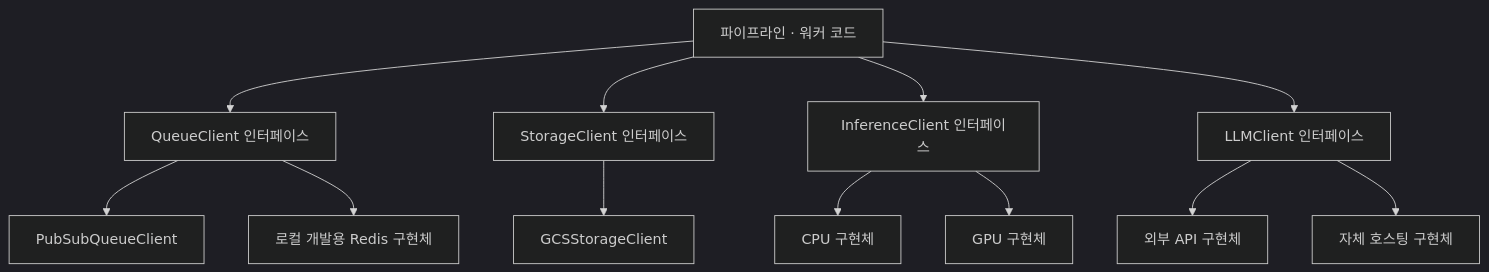
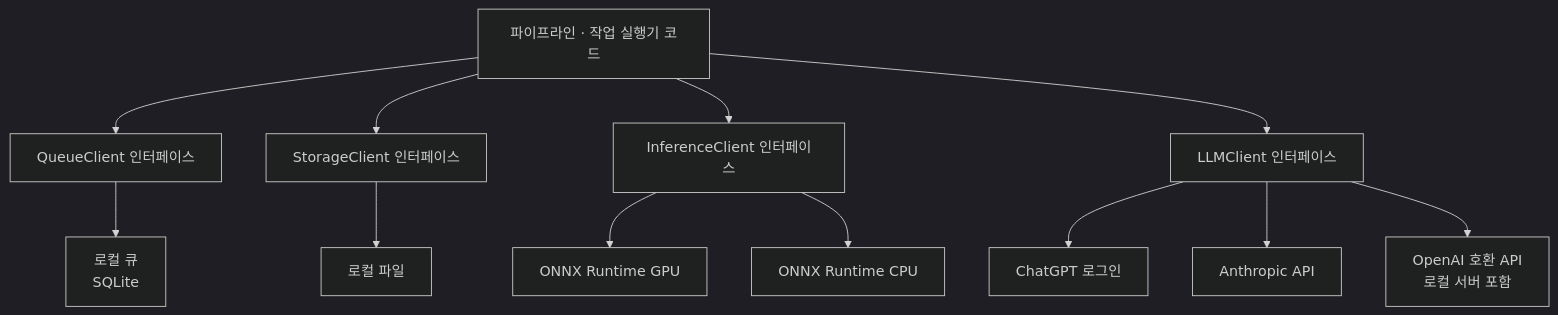
Before and after one commit to mminjae97/retcona: the ninth of 9 diagrams in README.md, drawn with Mermaid (dark theme). The commit also changed other lines of this file and 3 other files, not shown here.

````diff
--- a/README.md
+++ b/README.md
@@ -633,14 +584,14 @@
 ```mermaid
 flowchart TD
-    APP[파이프라인 · 워커 코드] --> QI[QueueClient 인터페이스]
-    QI --> PUBSUB[PubSubQueueClient]
-    QI --> LOCAL[로컬 개발용 Redis 구현체]
+    APP[파이프라인 · 작업 실행기 코드] --> QI[QueueClient 인터페이스]
+    QI --> LQ[로컬 큐<br/>SQLite]
     APP --> SI[StorageClient 인터페이스]
-    SI --> GCS[GCSStorageClient]
+    SI --> LS[로컬 파일]
     APP --> II[InferenceClient 인터페이스]
-    II --> CPUI[CPU 구현체]
-    II --> GPUI[GPU 구현체]
+    II --> GPUI[ONNX Runtime GPU]
+    II --> CPUI[ONNX Runtime CPU]
     APP --> LI[LLMClient 인터페이스]
-    LI --> EXT[외부 API 구현체]
-    LI --> SELF[자체 호스팅 구현체]
+    LI --> CG[ChatGPT 로그인]
+    LI --> AN[Anthropic API]
+    LI --> OC[OpenAI 호환 API<br/>로컬 서버 포함]
 ```
````
